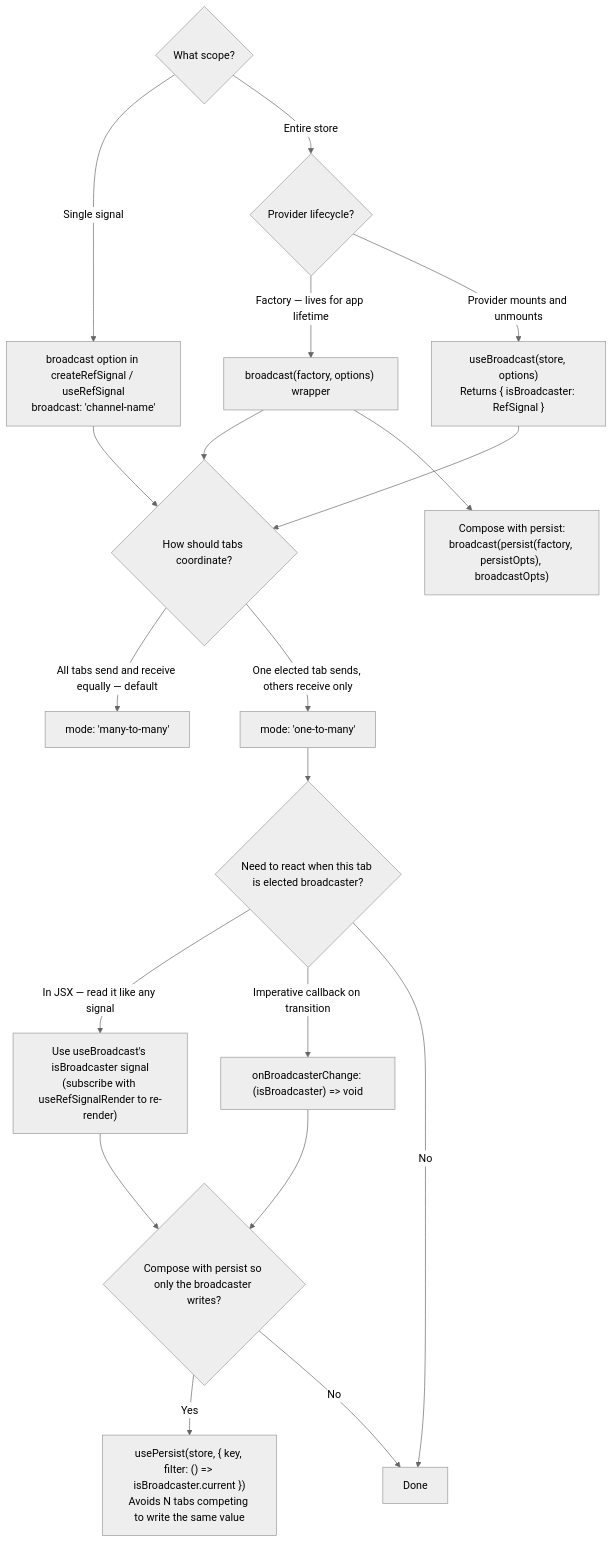
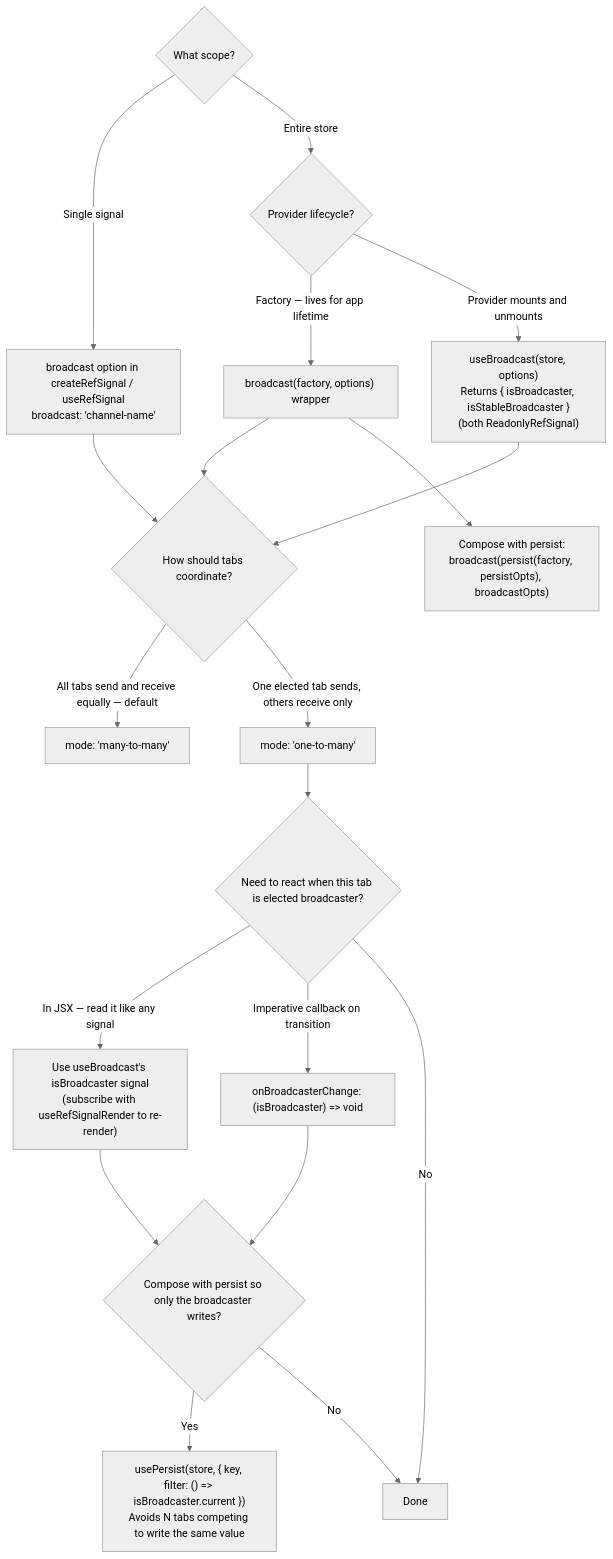
Before and after one commit to jav974/react-refsignal: diagram 11 of 12 in docs/decision-tree.md, drawn with Mermaid (neutral theme). The commit also changed other lines of this file and 6 other files, not shown here.

First line of the commit message:
fix: harden JS-caller paths in useRefSignalStore + readonly isHydrated

````diff
--- a/docs/decision-tree.md
+++ b/docs/decision-tree.md
@@ -264,25 +264,25 @@
 ```mermaid
 flowchart TD
     Q1{"What scope?"}
 
     Q1 -->|Single signal| A["broadcast option in createRefSignal / useRefSignal\nbroadcast: 'channel-name'"]
     Q1 -->|Entire store| Q2{"Provider lifecycle?"}
 
     Q2 -->|"Factory — lives for app lifetime"| B["broadcast(factory, options) wrapper"]
-    Q2 -->|Provider mounts and unmounts| C["useBroadcast(store, options)\nReturns { isBroadcaster: RefSignal<boolean> }"]
+    Q2 -->|Provider mounts and unmounts| C["useBroadcast(store, options)\nReturns { isBroadcaster, isStableBroadcaster }\n(both ReadonlyRefSignal<boolean>)"]
 
     A & B & C --> Q3{"How should tabs coordinate?"}
     Q3 -->|"All tabs send and receive equally — default"| D["mode: 'many-to-many'"]
     Q3 -->|"One elected tab sends, others receive only"| E["mode: 'one-to-many'"]
 
     E --> Q4{"Need to react when this tab is elected broadcaster?"}
     Q4 -->|"In JSX — read it like any signal"| F1["Use useBroadcast's isBroadcaster signal\n(subscribe with useRefSignalRender to re-render)"]
     Q4 -->|"Imperative callback on transition"| F2["onBroadcasterChange: (isBroadcaster) => void"]
     Q4 -->|No| G[Done]
 
     F1 & F2 --> Q5{"Compose with persist so only the broadcaster writes?"}
     Q5 -->|Yes| P["usePersist(store, { key, filter: () => isBroadcaster.current })\nAvoids N tabs competing to write the same value"]
     Q5 -->|No| G
 
     B --> H["Compose with persist:\nbroadcast(persist(factory, persistOpts), broadcastOpts)"]
 ```
````
